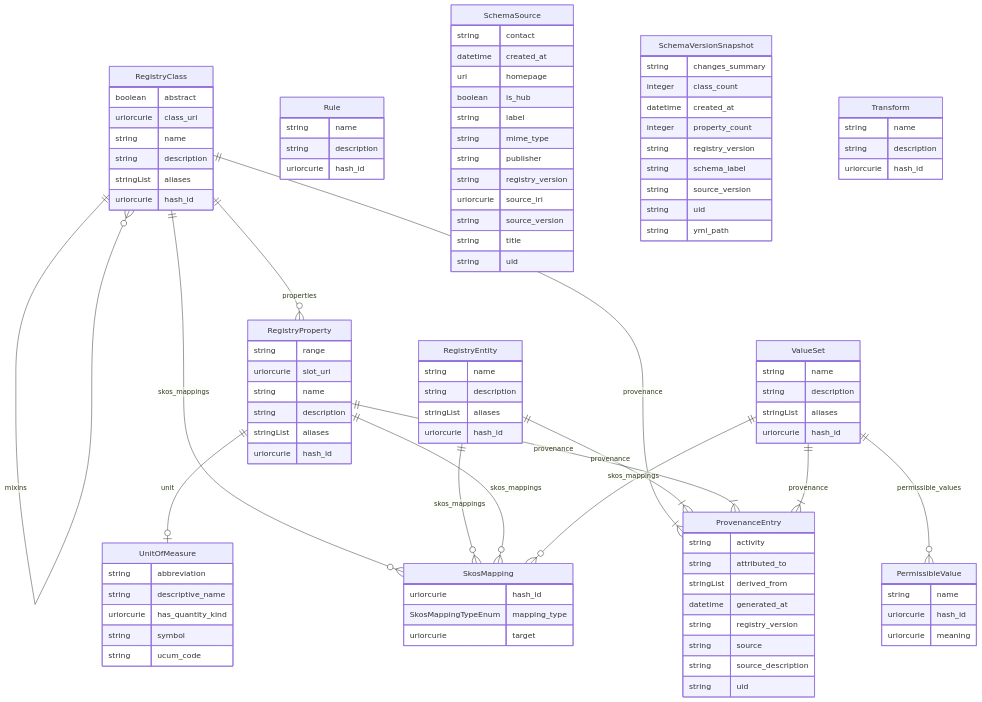
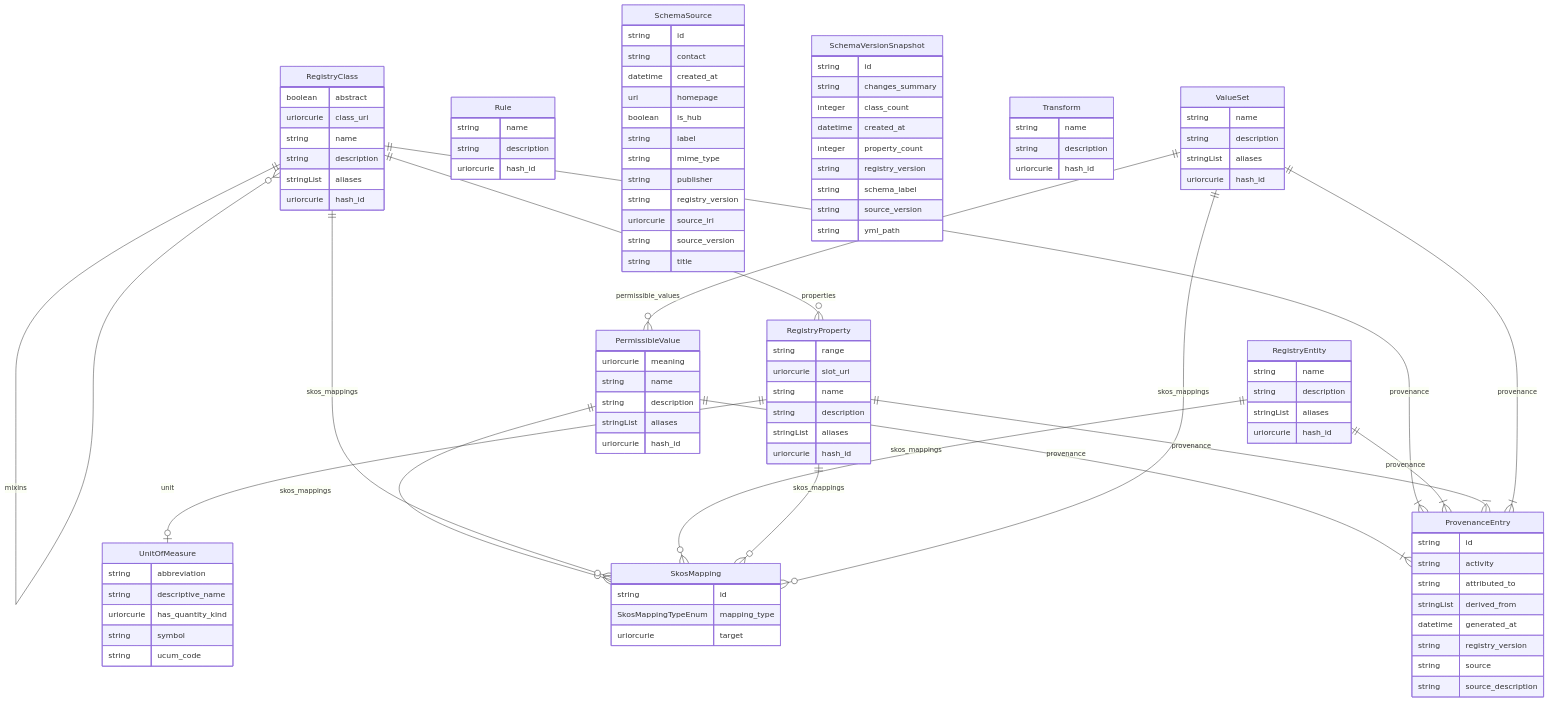
One commit to djarecka/NeuroGhost changed the diagram in docs/model.md. Above: the diagram before and after it, drawn with Mermaid. The commit also changed 9 other files, not shown here.

First line of the commit message:
Rename uid -> id; make PermissibleValue a real RegistryEntity

````diff
--- a/docs/model.md
+++ b/docs/model.md
@@ -15,96 +15,100 @@
 ```mermaid
 erDiagram
 PermissibleValue {
-    string name  
-    uriorcurie hash_id  
-    uriorcurie meaning  
+    uriorcurie meaning
+    string name
+    string description
+    stringList aliases
+    uriorcurie hash_id
 }
 ProvenanceEntry {
-    string activity  
-    string attributed_to  
-    stringList derived_from  
-    datetime generated_at  
-    string registry_version  
-    string source  
-    string source_description  
-    string uid  
+    string id
+    string activity
+    string attributed_to
+    stringList derived_from
+    datetime generated_at
+    string registry_version
+    string source
+    string source_description
 }
 RegistryClass {
-    boolean abstract  
-    uriorcurie class_uri  
-    string name  
-    string description  
-    stringList aliases  
-    uriorcurie hash_id  
+    boolean abstract
+    uriorcurie class_uri
+    string name
+    string description
+    stringList aliases
+    uriorcurie hash_id
 }
 RegistryEntity {
-    string name  
-    string description  
-    stringList aliases  
-    uriorcurie hash_id  
+    string name
+    string description
+    stringList aliases
+    uriorcurie hash_id
 }
 RegistryProperty {
-    string range  
-    uriorcurie slot_uri  
-    string name  
-    string description  
-    stringList aliases  
-    uriorcurie hash_id  
+    string range
+    uriorcurie slot_uri
+    string name
+    string description
+    stringList aliases
+    uriorcurie hash_id
 }
 Rule {
-    string name  
-    string description  
-    uriorcurie hash_id  
+    string name
+    string description
+    uriorcurie hash_id
 }
 SchemaSource {
-    string contact  
-    datetime created_at  
-    uri homepage  
-    boolean is_hub  
-    string label  
-    string mime_type  
-    string publisher  
-    string registry_version  
-    uriorcurie source_iri  
-    string source_version  
-    string title  
-    string uid  
+    string id
+    string contact
+    datetime created_at
+    uri homepage
+    boolean is_hub
+    string label
+    string mime_type
+    string publisher
+    string registry_version
+    uriorcurie source_iri
+    string source_version
+    string title
 }
 SchemaVersionSnapshot {
-    string changes_summary  
-    integer class_count  
-    datetime created_at  
-    integer property_count  
-    string registry_version  
-    string schema_label  
-    string source_version  
-    string uid  
-    string yml_path  
+    string id
+    string changes_summary
+    integer class_count
+    datetime created_at
+    integer property_count
+    string registry_version
+    string schema_label
+    string source_version
+    string yml_path
 }
 SkosMapping {
-    uriorcurie hash_id  
-    SkosMappingTypeEnum mapping_type  
-    uriorcurie target  
+    string id
+    SkosMappingTypeEnum mapping_type
+    uriorcurie target
 }
 Transform {
-    string name  
-    string description  
-    uriorcurie hash_id  
+    string name
+    string description
+    uriorcurie hash_id
 }
 UnitOfMeasure {
-    string abbreviation  
-    string descriptive_name  
-    uriorcurie has_quantity_kind  
-    string symbol  
-    string ucum_code  
+    string abbreviation
+    string descriptive_name
+    uriorcurie has_quantity_kind
+    string symbol
+    string ucum_code
 }
 ValueSet {
-    string name  
-    string description  
-    stringList aliases  
-    uriorcurie hash_id  
+    string name
+    string description
+    stringList aliases
+    uriorcurie hash_id
 }
 
+PermissibleValue ||--}o SkosMapping : "skos_mappings"
+PermissibleValue ||--}| ProvenanceEntry : "provenance"
 RegistryClass ||--|o RegistryClass : "is_a"
 RegistryClass ||--}o RegistryClass : "mixins"
 RegistryClass ||--}o RegistryProperty : "properties"
````
